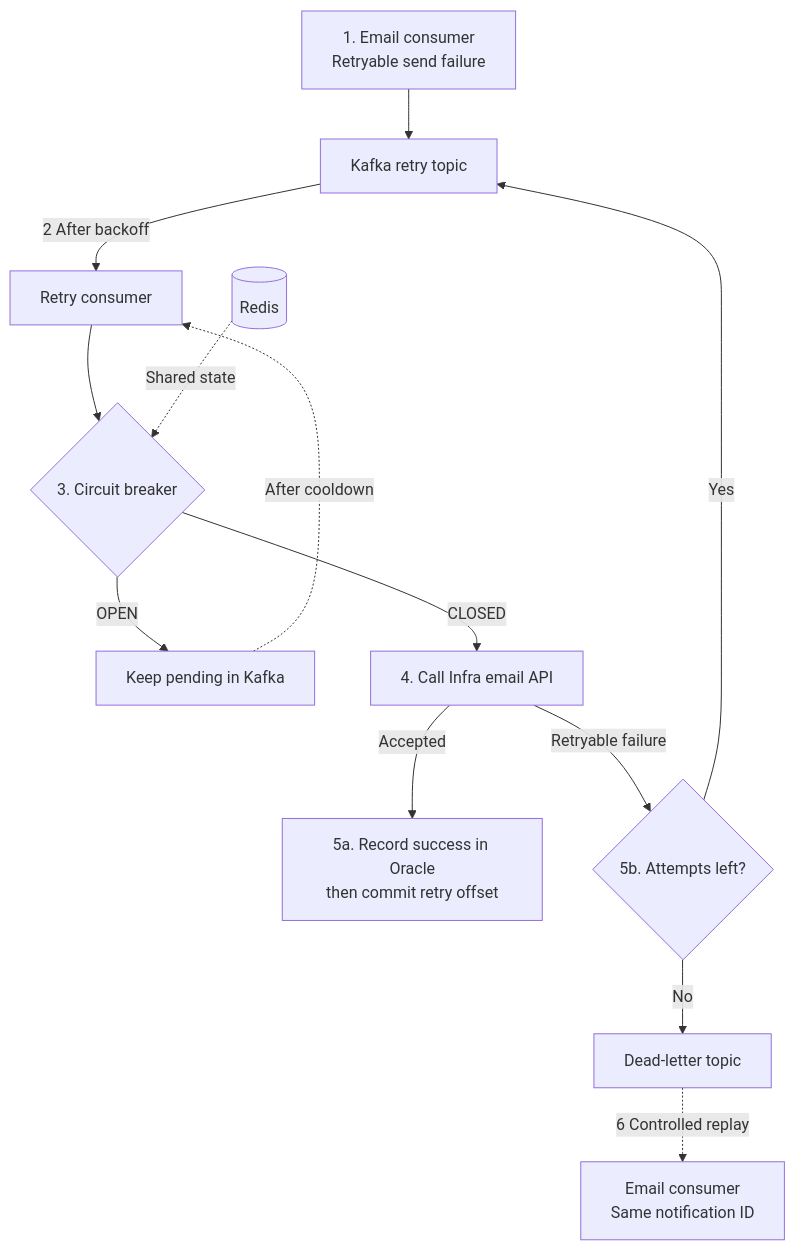
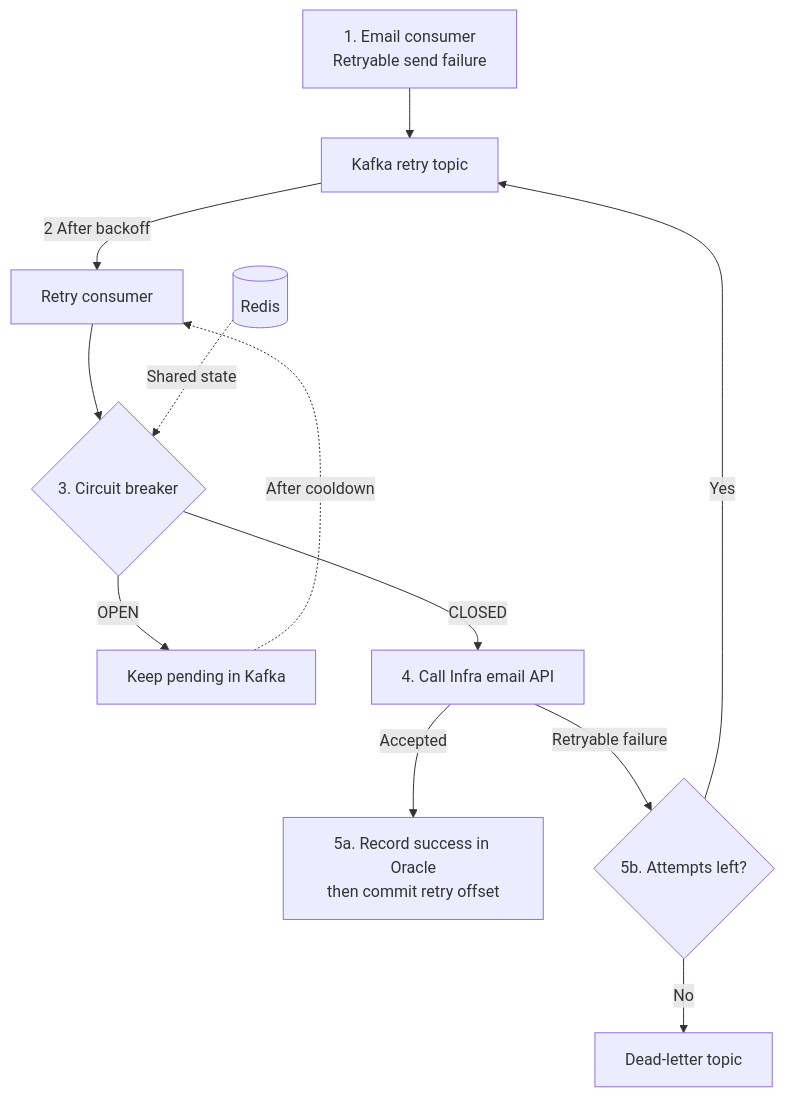
One commit to ChrisZZhong/zhichengzhong changed the fourth of 4 diagrams in _posts/temp/2026-11-18-ECWS-Payment-Workflow.md. Above: the diagram before and after it, drawn with Mermaid. The commit also changed other lines of this file and 1 other file, not shown here.

````diff
--- a/_posts/temp/2026-11-18-ECWS-Payment-Workflow.md
+++ b/_posts/temp/2026-11-18-ECWS-Payment-Workflow.md
@@ -92,15 +92,14 @@
 ```mermaid
 flowchart TD
     first["1. Email consumer<br/>Retryable send failure"] --> retry["Kafka retry topic"]
     retry -->|2 After backoff| rc["Retry consumer"]
     rc --> breaker{"3. Circuit breaker"}
     redis[("Redis")] -.->|Shared state| breaker
     breaker -->|OPEN| wait["Keep pending in Kafka"]
     wait -.->|After cooldown| rc
     breaker -->|CLOSED| api["4. Call Infra email API"]
     api -->|Accepted| success["5a. Record success in Oracle<br/>then commit retry offset"]
     api -->|Retryable failure| budget{"5b. Attempts left?"}
     budget -->|Yes| retry
     budget -->|No| dlt["Dead-letter topic"]
-    dlt -.->|6 Controlled replay| replay["Email consumer<br/>Same notification ID"]
 ```
````
